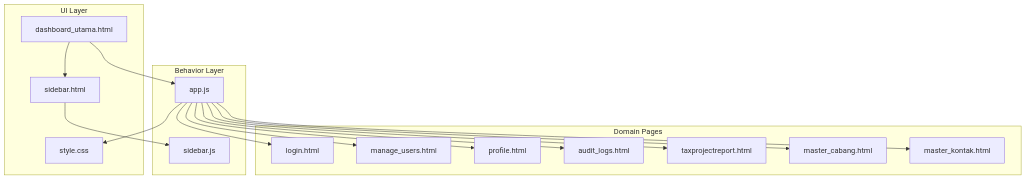
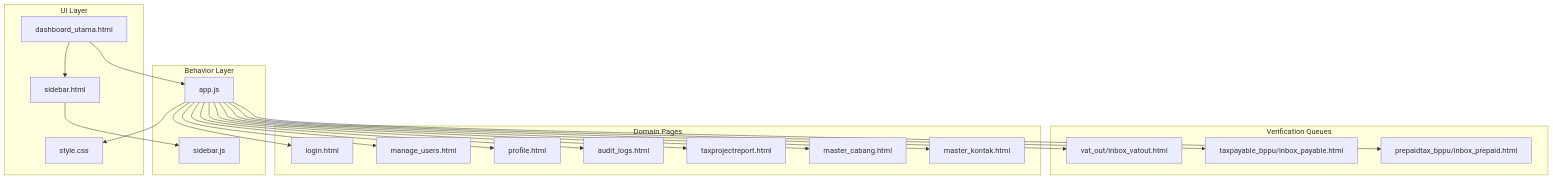
Before and after one commit to rendisiagian/TDS_by_RENDISIAGIAN: the second of 7 diagrams in .qoder/repowiki/en/content/User Interface & Experience/Dashboard & Navigation.md, drawn with Mermaid. The commit also changed other lines of this file and 91 other files, not shown here.

````diff
--- a/.qoder/repowiki/en/content/User Interface & Experience/Dashboard & Navigation.md
+++ b/.qoder/repowiki/en/content/User Interface & Experience/Dashboard & Navigation.md
@@ -127,32 +148,40 @@
 ```mermaid
 graph TB
 subgraph "UI Layer"
 DU["dashboard_utama.html"]
 SB["sidebar.html"]
 ST["style.css"]
 end
 subgraph "Behavior Layer"
 BJ["sidebar.js"]
 AP["app.js"]
+end
+subgraph "Verification Queues"
+VQ1["vat_out/inbox_vatout.html"]
+VQ2["taxpayable_bppu/inbox_payable.html"]
+VQ3["prepaidtax_bppu/inbox_prepaid.html"]
 end
 subgraph "Domain Pages"
 LG["login.html"]
 MU["manage_users.html"]
 PR["profile.html"]
 AL["audit_logs.html"]
 TR["taxprojectreport.html"]
 MC["master_cabang.html"]
 MK["master_kontak.html"]
 end
 DU --> SB
 DU --> AP
 SB --> BJ
 AP --> ST
 AP --> LG
 AP --> MU
 AP --> PR
 AP --> AL
 AP --> TR
 AP --> MC
 AP --> MK
+AP --> VQ1
+AP --> VQ2
+AP --> VQ3
 ```
````
